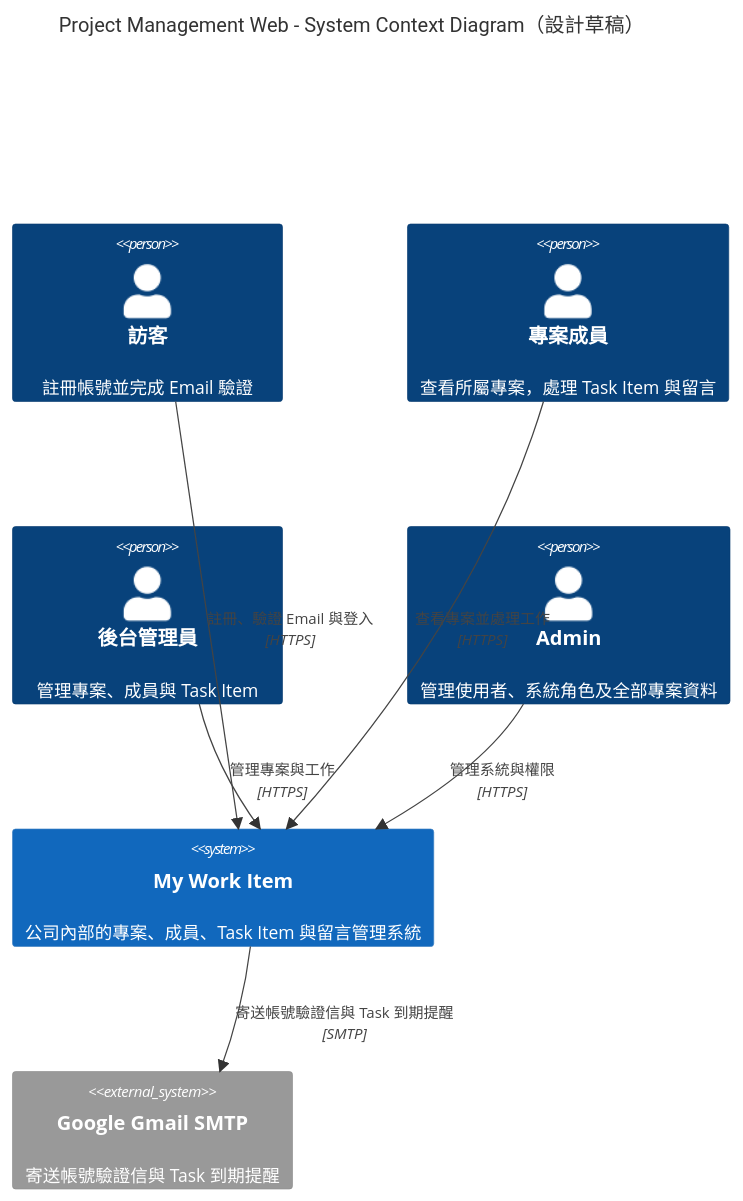
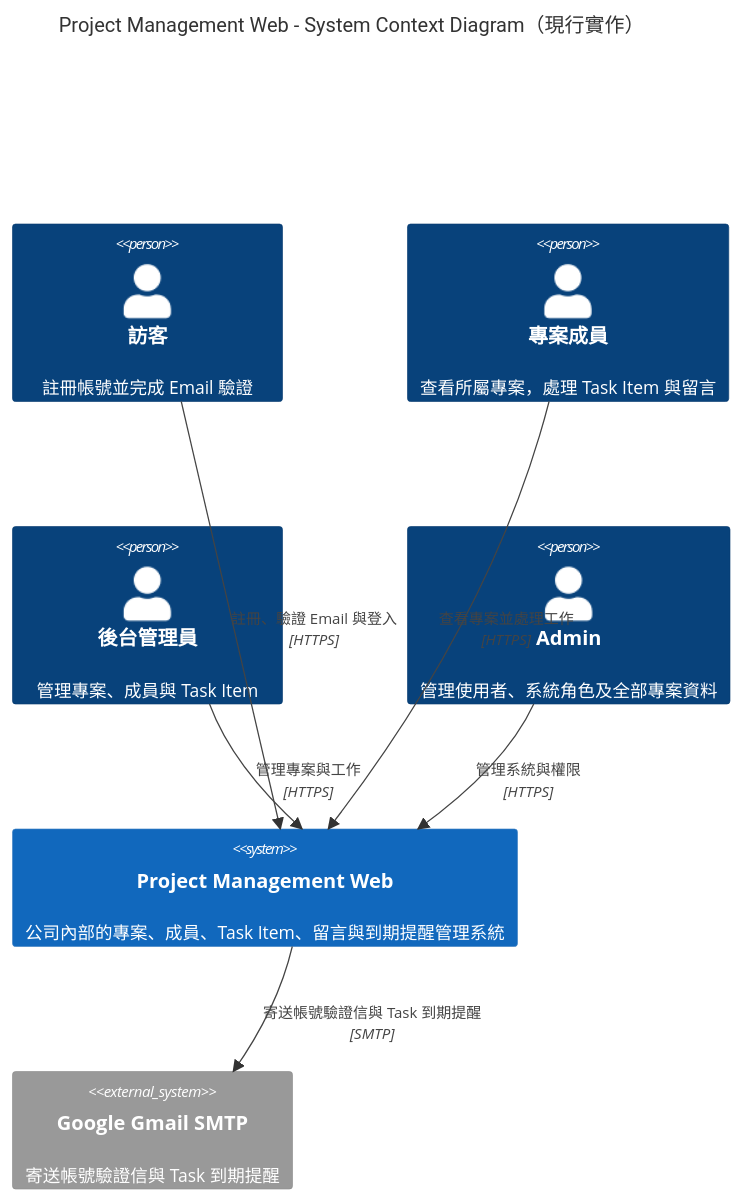
The diagram in C4/ProjectManagementWeb_Level1_Context.mmd (JJDing-Louis/ProjectManagementWeb_Spec), drawn with Mermaid before and after one commit. The commit also changed 7 other files, not shown here.

```diff
--- a/C4/ProjectManagementWeb_Level1_Context.mmd
+++ b/C4/ProjectManagementWeb_Level1_Context.mmd
@@ -1,18 +1,18 @@
 C4Context
-    title Project Management Web - System Context Diagram（設計草稿）
+    title Project Management Web - System Context Diagram（現行實作）
 
     Person(visitor, "訪客", "註冊帳號並完成 Email 驗證")
     Person(member, "專案成員", "查看所屬專案，處理 Task Item 與留言")
     Person(administrator, "後台管理員", "管理專案、成員與 Task Item")
     Person(admin, "Admin", "管理使用者、系統角色及全部專案資料")
 
-    System(myWorkItem, "My Work Item", "公司內部的專案、成員、Task Item 與留言管理系統")
+    System(projectManagementWeb, "Project Management Web", "公司內部的專案、成員、Task Item、留言與到期提醒管理系統")
     System_Ext(emailService, "Google Gmail SMTP", "寄送帳號驗證信與 Task 到期提醒")
 
-    Rel(visitor, myWorkItem, "註冊、驗證 Email 與登入", "HTTPS")
-    Rel(member, myWorkItem, "查看專案並處理工作", "HTTPS")
-    Rel(administrator, myWorkItem, "管理專案與工作", "HTTPS")
-    Rel(admin, myWorkItem, "管理系統與權限", "HTTPS")
-    Rel(myWorkItem, emailService, "寄送帳號驗證信與 Task 到期提醒", "SMTP")
+    Rel(visitor, projectManagementWeb, "註冊、驗證 Email 與登入", "HTTPS")
+    Rel(member, projectManagementWeb, "查看專案並處理工作", "HTTPS")
+    Rel(administrator, projectManagementWeb, "管理專案與工作", "HTTPS")
+    Rel(admin, projectManagementWeb, "管理系統與權限", "HTTPS")
+    Rel(projectManagementWeb, emailService, "寄送帳號驗證信與 Task 到期提醒", "SMTP")
 
     UpdateLayoutConfig($c4ShapeInRow="3", $c4BoundaryInRow="1")
```
